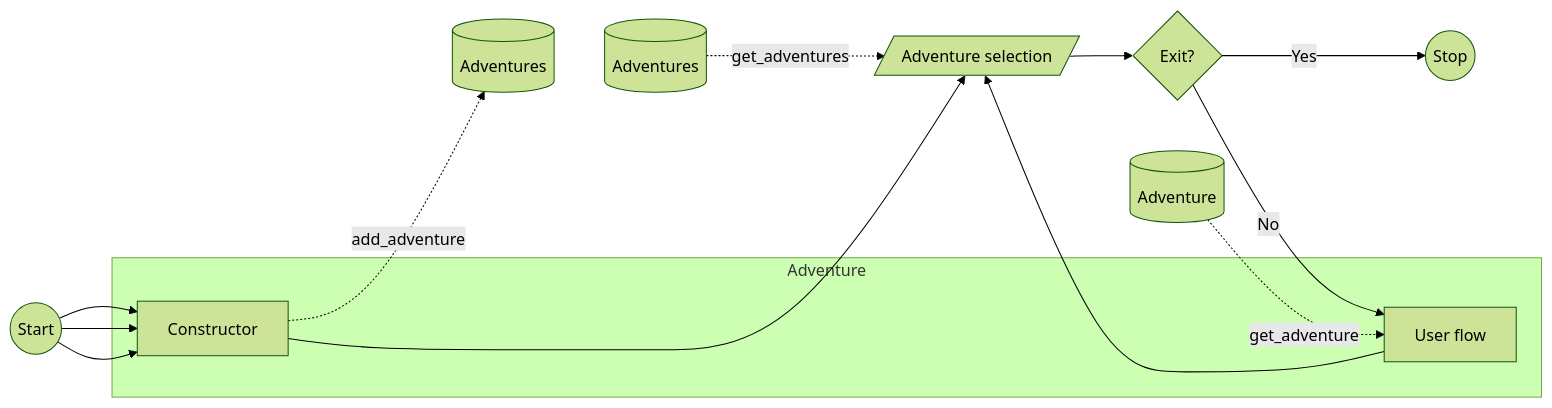
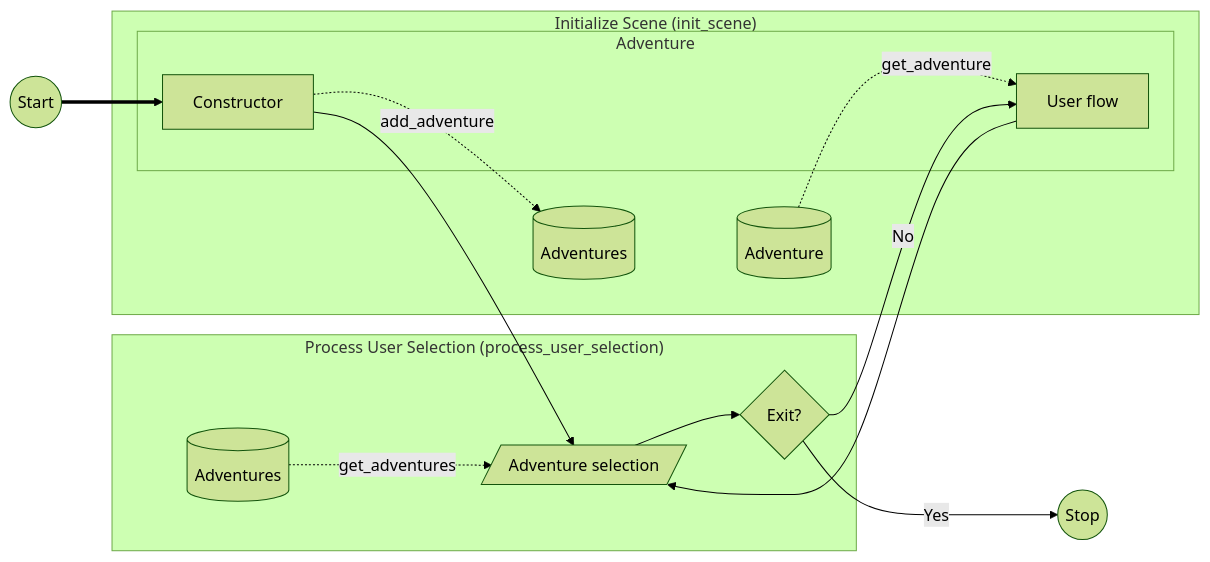
Before and after one commit to LioQing/verbose-adventure: the first of 3 diagrams in README.md, drawn with Mermaid (forest theme). The commit also changed other lines of this file and 11 other files, not shown here.

````diff
--- a/README.md
+++ b/README.md
@@ -9,29 +9,31 @@
 ```mermaid
 flowchart LR
     start((Start))
     stop((Stop))
+
+    subgraph "Process User Selection (process_user_selection)"
+        adventuresDB1[(Adventures)]
+        selection[/Adventure selection/]
+        exitQ{Exit?}
+    end
+
+    subgraph "Initialize Scene (init_scene)"
+        subgraph "Adventure"
+            userflow[User flow]
+            construct[Constructor]
+        end
     adventuresDB[(Adventures)]
     adventureDB[(Adventure)]
-    adventuresDB1[(Adventures)]
-    selection[/Adventure selection/]
-    exitQ{Exit?}
-
-    subgraph "Adventure"
-        userflow[User flow]
-        construct[Constructor]
     end
 
-    start --> construct
-    start --> construct
-    start --> construct
+    start ==> construct
     construct -.add_adventure.-> adventuresDB
-    adventuresDB ~~~ adventuresDB1
     adventuresDB1 -.get_adventures.-> selection
     construct --> selection
     selection --> exitQ
 
     exitQ -- Yes --> stop
     adventureDB -.get_adventure.-> userflow
     exitQ -- No --> userflow
     userflow --> selection
 ```
````
